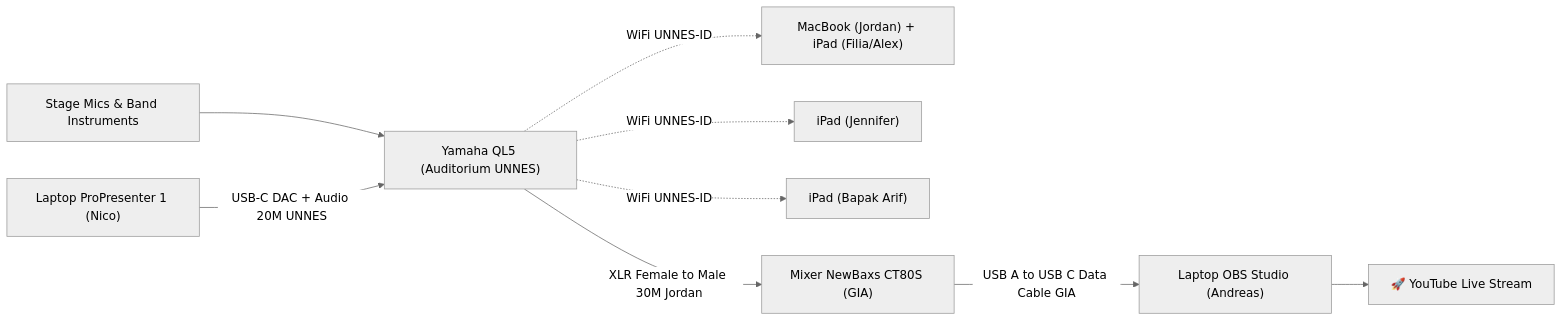
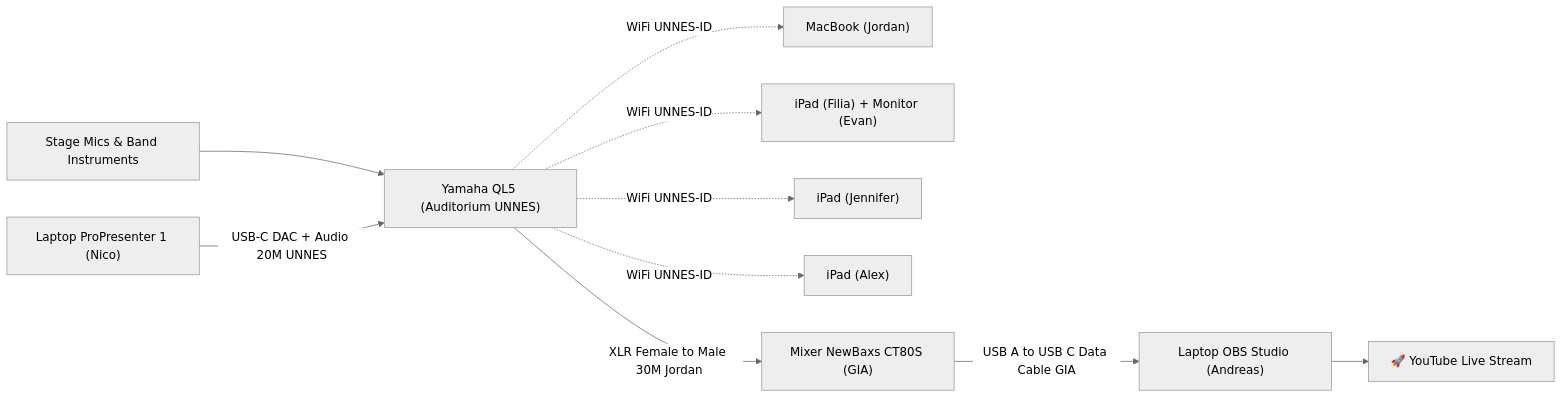
Before and after one commit to zzdree/ip26-production: the sixth of 8 diagrams in README.md, drawn with Mermaid (neutral theme). The commit also changed other lines of this file and 8 other files, not shown here.

````diff
--- a/README.md
+++ b/README.md
@@ -273,14 +279,15 @@
 ```mermaid
 flowchart LR
     STAGE_SRC["Stage Mics & Band Instruments"] --> QL5_MAIN["Yamaha QL5 (Auditorium UNNES)"]
     P1_AUDIO["Laptop ProPresenter 1 (Nico)"] -->|USB-C DAC + Audio 20M UNNES| QL5_MAIN
     
-    QL5_MAIN -.->|WiFi UNNES-ID| VM1["MacBook (Jordan) + iPad (Filia/Alex)"]
-    QL5_MAIN -.->|WiFi UNNES-ID| VM2["iPad (Jennifer)"]
-    QL5_MAIN -.->|WiFi UNNES-ID| VM3["iPad (Bapak Arif)"]
+    QL5_MAIN -.->|WiFi UNNES-ID| VM1["MacBook (Jordan)"]
+    QL5_MAIN -.->|WiFi UNNES-ID| VM2["iPad (Filia) + Monitor (Evan)"]
+    QL5_MAIN -.->|WiFi UNNES-ID| VM3["iPad (Jennifer)"]
+    QL5_MAIN -.->|WiFi UNNES-ID| VM4["iPad (Alex)"]
     
     QL5_MAIN -->|XLR Female to Male 30M Jordan| CT80S_IN["Mixer NewBaxs CT80S (GIA)"]
     CT80S_IN -->|USB A to USB C Data Cable GIA| OBS_IN["Laptop OBS Studio (Andreas)"]
     
     OBS_IN --> STREAM_OUT["🚀 YouTube Live Stream"]
 ```
````
